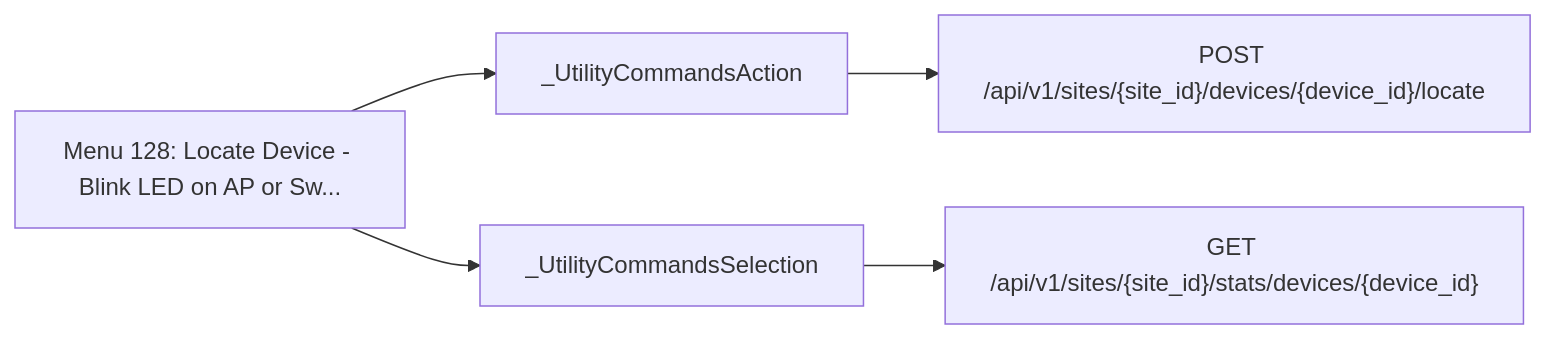
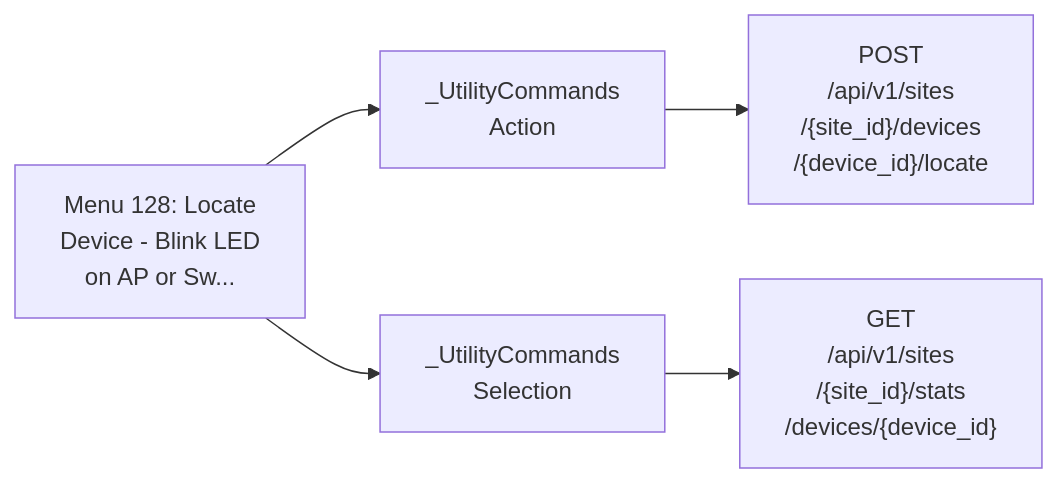
One commit to jmorrison-juniper/MistHelper changed the sixth of 28 diagrams in documentation/menu-api/interactive.md. Above: the diagram before and after it, drawn with Mermaid. The commit also changed other lines of this file and 19 other files, not shown here.

First line of the commit message:
docs(menu-api): fit the Mermaid diagrams to the wiki column

````diff
--- a/documentation/menu-api/interactive.md
+++ b/documentation/menu-api/interactive.md
@@ -288,8 +140,8 @@
 ```mermaid
 flowchart LR
-    menu["Menu 128: Locate Device - Blink LED on AP or Sw..."]
-    menu --> c1["_UtilityCommandsAction"]
-    c1 --> e1["POST /api/v1/sites/{site_id}/devices/{device_id}/locate"]
-    menu --> c2["_UtilityCommandsSelection"]
-    c2 --> e2["GET /api/v1/sites/{site_id}/stats/devices/{device_id}"]
+    menu["Menu 128: Locate<br/>Device - Blink LED<br/>on AP or Sw..."]
+    menu --> c1["_UtilityCommands<br/>Action"]
+    c1 --> e1["POST<br/>/api/v1/sites<br/>/{site_id}/devices<br/>/{device_id}/locate"]
+    menu --> c2["_UtilityCommands<br/>Selection"]
+    c2 --> e2["GET<br/>/api/v1/sites<br/>/{site_id}/stats<br/>/devices/{device_id}"]
 ```
````
